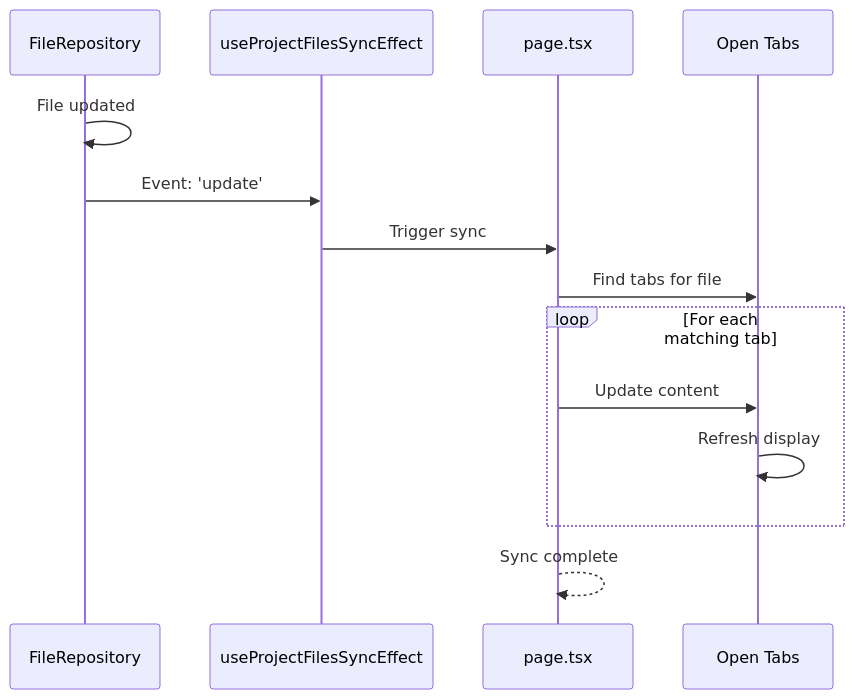
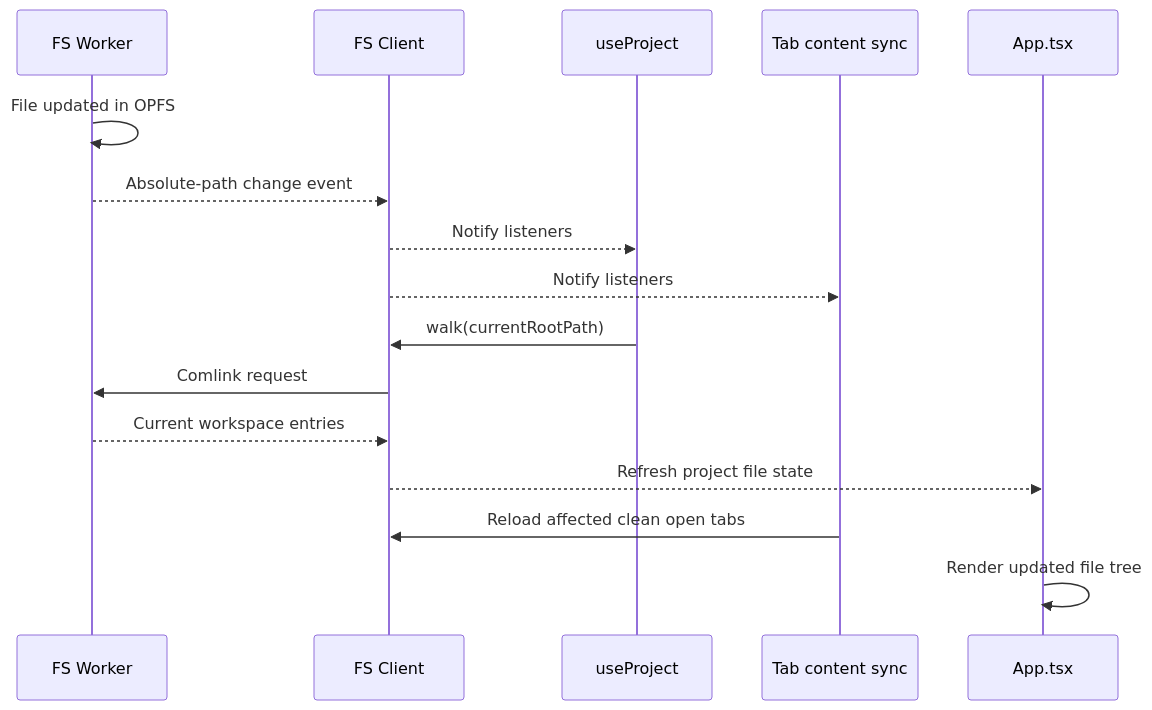
The tenth of 25 diagrams in docs/UI-COMPONENTS.md (Stasshe/Pyxis-CodeCanvas), drawn with Mermaid before and after one commit. The commit also changed other lines of this file and 330 other files, not shown here.

````diff
--- a/docs/UI-COMPONENTS.md
+++ b/docs/UI-COMPONENTS.md
@@ -277,19 +296,19 @@
 ```mermaid
 sequenceDiagram
-    participant REPO as FileRepository
-    participant HOOK as useProjectFilesSyncEffect
-    participant PAGE as page.tsx
-    participant TAB as Open Tabs
+    participant WORKER as FS Worker
+    participant CLIENT as FS Client
+    participant PROJECT as useProject
+    participant TABS as Tab content sync
+    participant APP as App.tsx
 
-    REPO->>REPO: File updated
-    REPO->>HOOK: Event: 'update'
-    HOOK->>PAGE: Trigger sync
-    PAGE->>TAB: Find tabs for file
-    
-    loop For each matching tab
-        PAGE->>TAB: Update content
-        TAB->>TAB: Refresh display
-    end
-    
-    PAGE-->>PAGE: Sync complete
+    WORKER->>WORKER: File updated in OPFS
+    WORKER-->>CLIENT: Absolute-path change event
+    CLIENT-->>PROJECT: Notify listeners
+    CLIENT-->>TABS: Notify listeners
+    PROJECT->>CLIENT: walk(currentRootPath)
+    CLIENT->>WORKER: Comlink request
+    WORKER-->>CLIENT: Current workspace entries
+    CLIENT-->>APP: Refresh project file state
+    TABS->>CLIENT: Reload affected clean open tabs
+    APP->>APP: Render updated file tree
 ```
````
